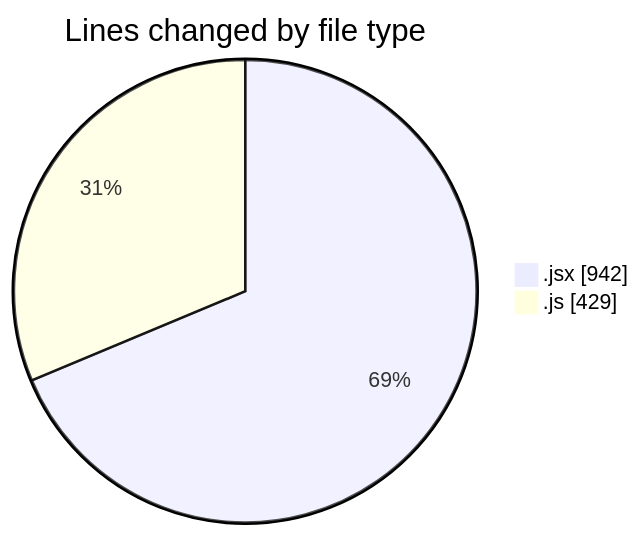
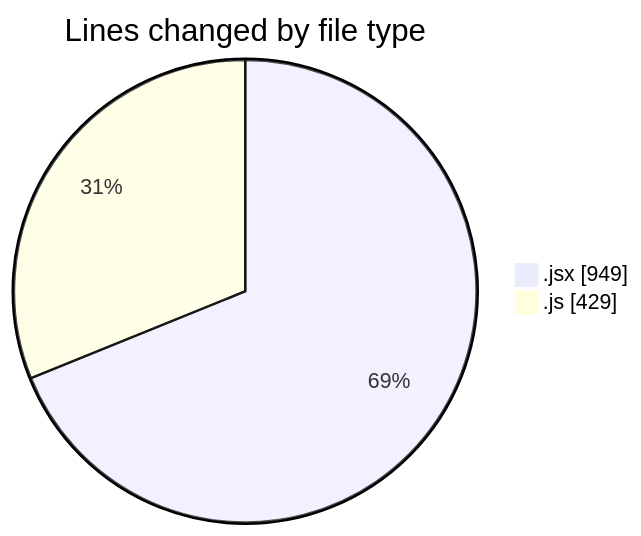
One commit to nxtqubesakshisongat/code-tracking changed the first of 2 diagrams in 2025-06-03/nxtqube_webapp/README.md. Above: the diagram before and after it, drawn with Mermaid. The commit also changed other lines of this file and 1 other file, not shown here.

````diff
--- a/2025-06-03/nxtqube_webapp/README.md
+++ b/2025-06-03/nxtqube_webapp/README.md
@@ -21,6 +21,6 @@
 ```mermaid
 pie showData
 title Lines changed by file type
-".jsx" : 942
+".jsx" : 949
 ".js" : 429
 ```
````
